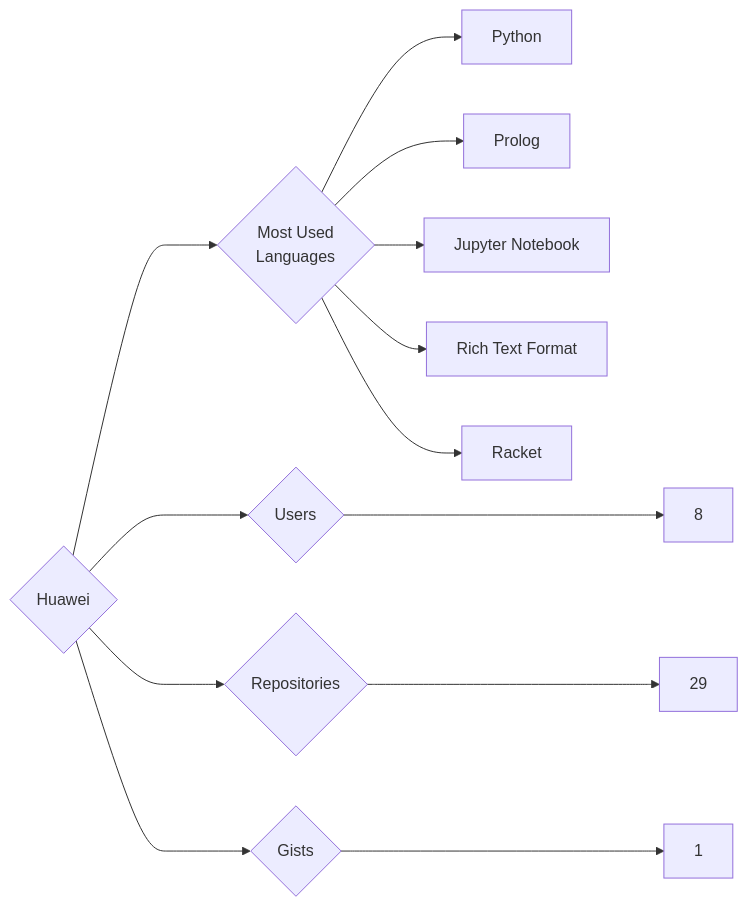
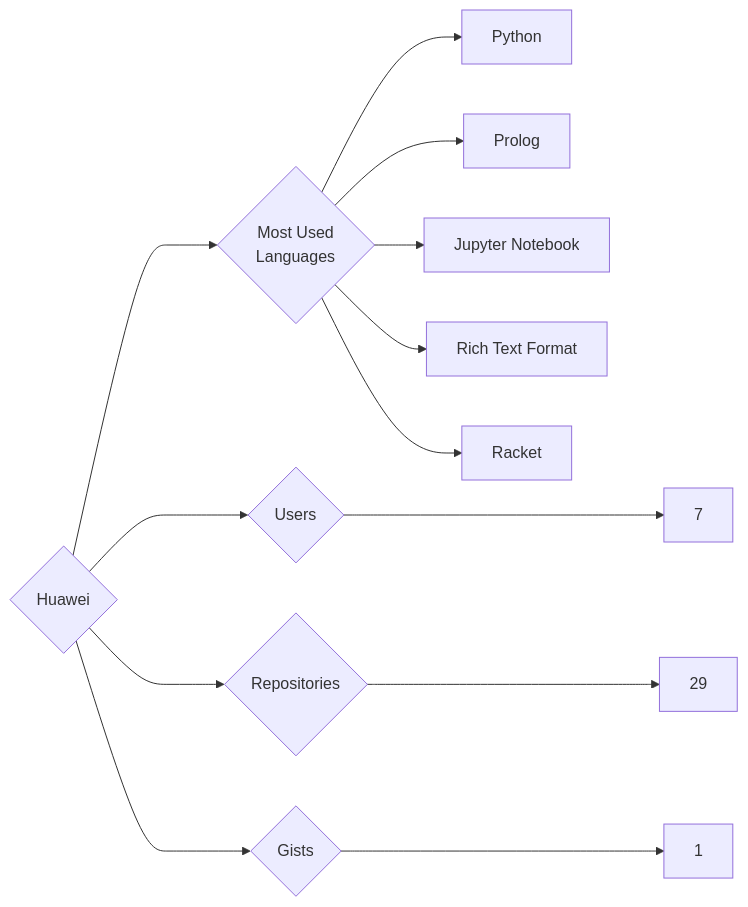
One commit to trickest/insiders changed the diagram in targets/Huawei/README.md. Above: the diagram before and after it, drawn with Mermaid. The commit also changed 873 other files, not shown here.

````diff
--- a/targets/Huawei/README.md
+++ b/targets/Huawei/README.md
@@ -3,13 +3,13 @@
 ```mermaid
 graph LR
 COMPANY_NAME{Huawei}
-COMPANY_NAME ---> U{Users} ---> UN[8]
+COMPANY_NAME ---> U{Users} ---> UN[7]
 COMPANY_NAME ---> R{Repositories} ---> RN[29]
 COMPANY_NAME ---> G{Gists} ---> GN[1]
 COMPANY_NAME ---> ML{Most Used<br>Languages}
 ML --> Python[Python]
 ML --> Prolog[Prolog]
 ML --> Jupyter_Notebook[Jupyter Notebook]
 ML --> Rich_Text_Format[Rich Text Format]
 ML --> Racket[Racket]
 ```
````
